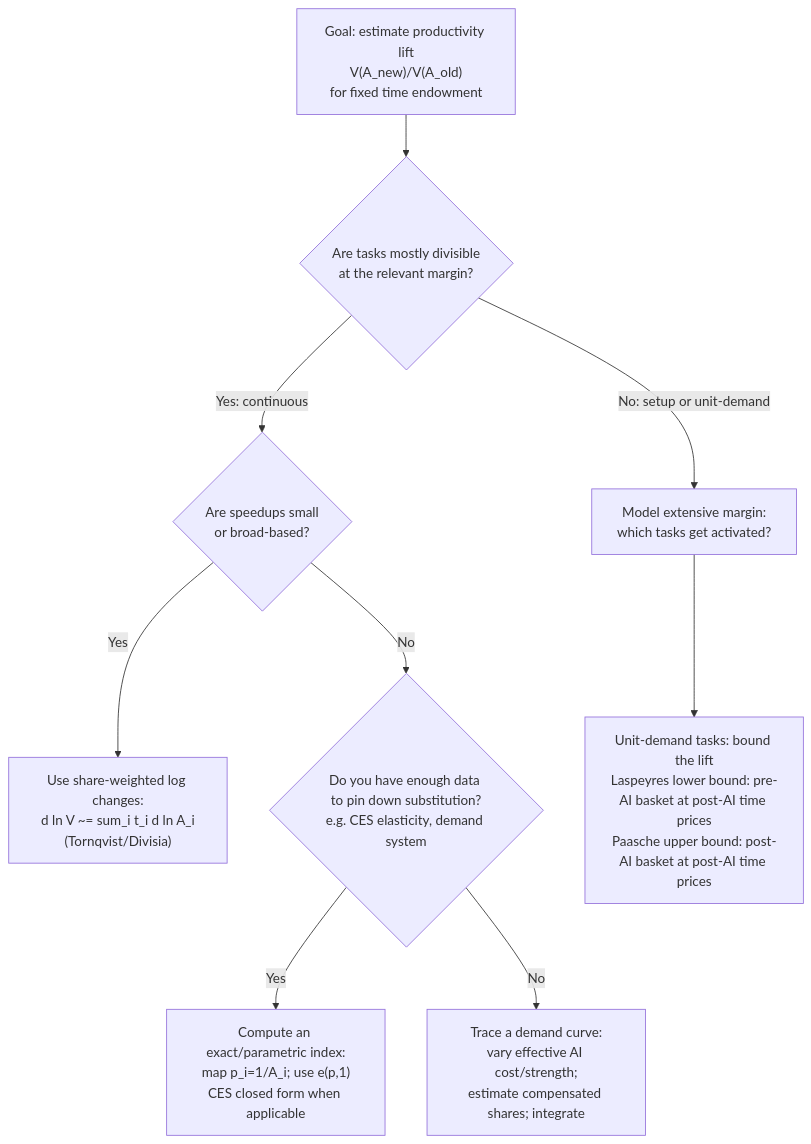
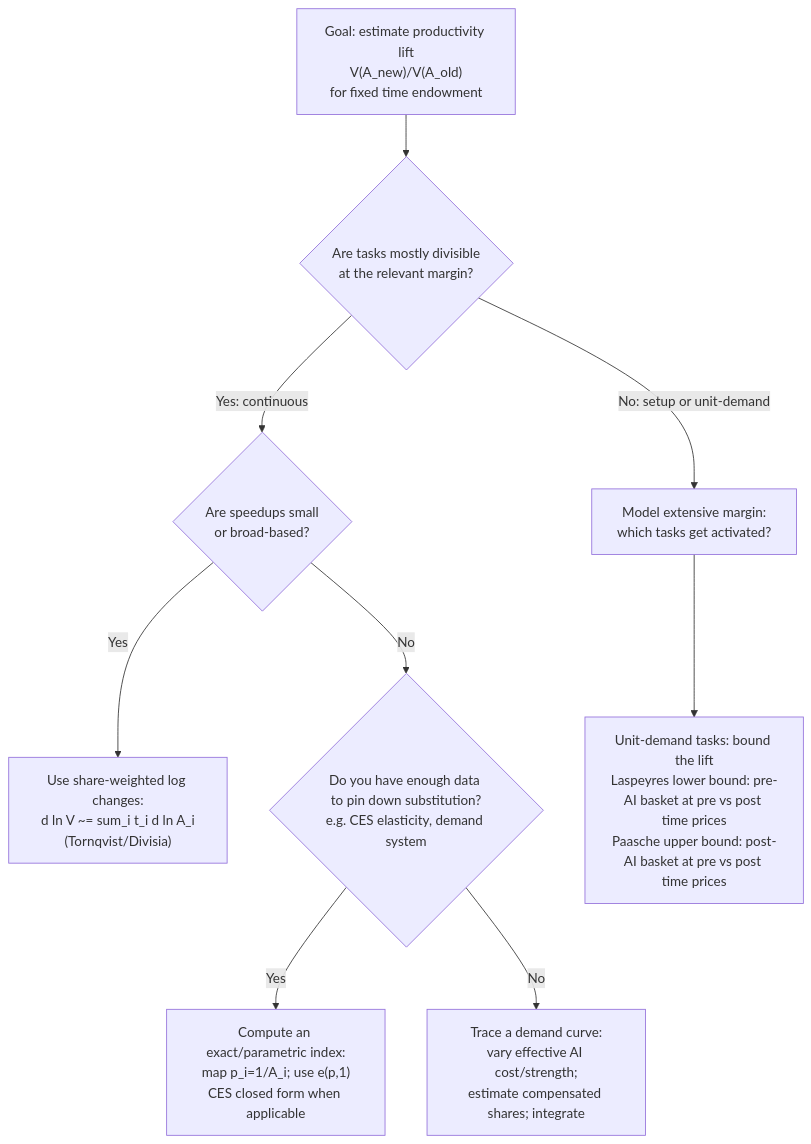
Before and after one commit to tecunningham/tecunningham.github.io: the diagram in posts/2025-12-17-llm-time-saving-demand-theory-substitution.llm.qmd, drawn with Mermaid. The commit also changed other lines of this file and 38 other files, not shown here.

````diff
--- a/posts/2025-12-17-llm-time-saving-demand-theory-substitution.llm.qmd
+++ b/posts/2025-12-17-llm-time-saving-demand-theory-substitution.llm.qmd
@@ -217,13 +220,13 @@
 ```{mermaid}
 flowchart TD
   A["Goal: estimate productivity lift<br/>V(A_new)/V(A_old)<br/>for fixed time endowment"] --> B{"Are tasks mostly divisible<br/>at the relevant margin?"}
 
   B -->|Yes: continuous| C{"Are speedups small<br/>or broad-based?"}
   C -->|Yes| D["Use share-weighted log changes:<br/>d ln V ~= sum_i t_i d ln A_i<br/>(Tornqvist/Divisia)"]
   C -->|No| E{"Do you have enough data to pin down substitution?<br/>e.g. CES elasticity, demand system"}
   E -->|Yes| F["Compute an exact/parametric index:<br/>map p_i=1/A_i; use e(p,1)<br/>CES closed form when applicable"]
   E -->|No| G["Trace a demand curve:<br/>vary effective AI cost/strength;<br/>estimate compensated shares; integrate"]
 
   B -->|No: setup or unit-demand| H["Model extensive margin:<br/>which tasks get activated?"]
-  H --> I["Unit-demand tasks: bound the lift<br/>Laspeyres lower bound: pre-AI basket at post-AI time prices<br/>Paasche upper bound: post-AI basket at post-AI time prices"]
+  H --> I["Unit-demand tasks: bound the lift<br/>Laspeyres lower bound: pre-AI basket at pre vs post time prices<br/>Paasche upper bound: post-AI basket at pre vs post time prices"]
 ```
````
